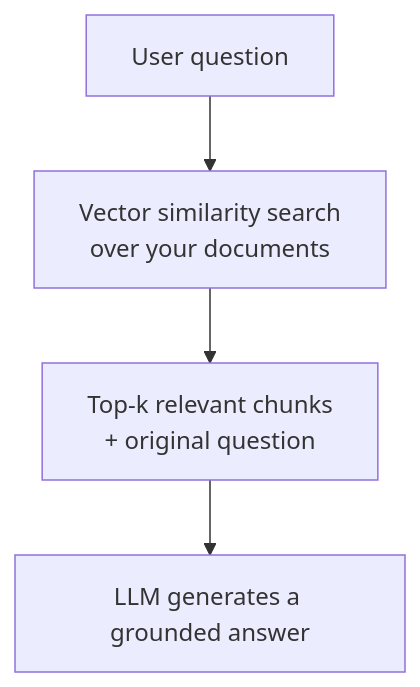
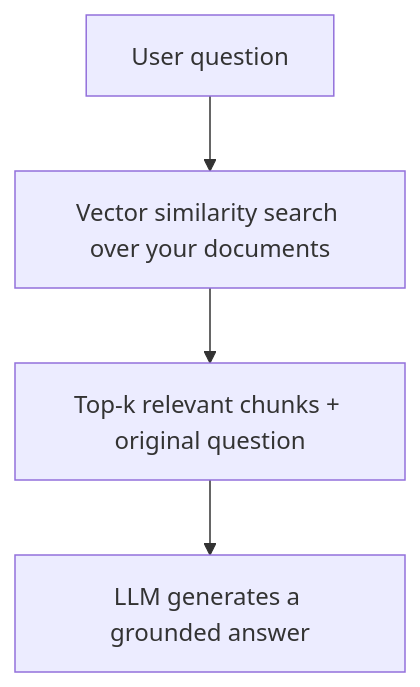
Before and after one commit to Quoteme/quoteme.github.io: the diagram in posts/rag-in-high-security-environments/index.qmd, drawn with Mermaid. The commit also changed 2 other files, not shown here.

Commit message:
fix: diagram newlines in post

````diff
--- a/posts/rag-in-high-security-environments/index.qmd
+++ b/posts/rag-in-high-security-environments/index.qmd
@@ -32,6 +32,6 @@
 ```{mermaid}
 flowchart TD
-    A[User question] --> B[Vector similarity search\nover your documents]
-    B --> C["Top-k relevant chunks\n+ original question"]
+    A[User question] --> B[Vector similarity search over your documents]
+    B --> C["Top-k relevant chunks + original question"]
     C --> D[LLM generates a grounded answer]
 ```
````
